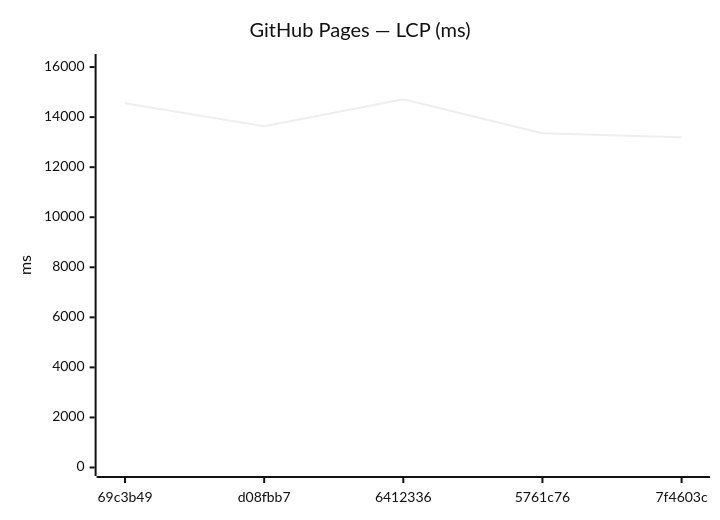
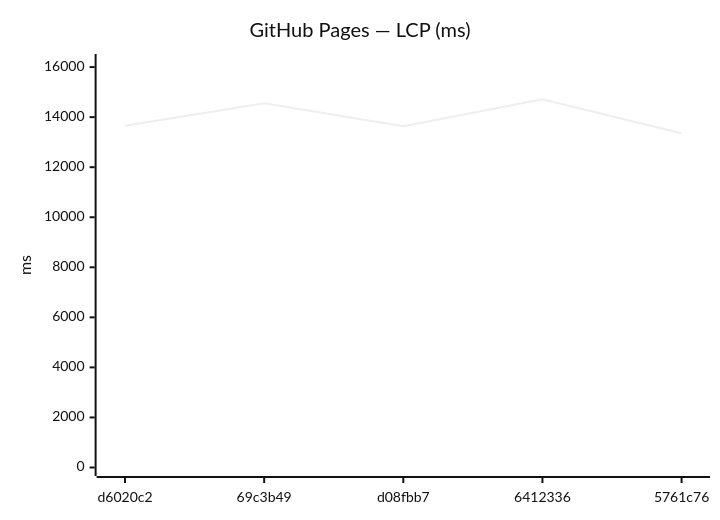
Before and after one commit to Metaheurist/Rianell: the ninth of 18 diagrams in benchmarks/compare.md, drawn with Mermaid (neutral theme). The commit also changed other lines of this file and 11 other files, not shown here.

````diff
--- a/benchmarks/compare.md
+++ b/benchmarks/compare.md
@@ -142,7 +142,7 @@
 ```mermaid
 xychart-beta
     title "GitHub Pages — LCP (ms)"
-    x-axis ["69c3b49", "d08fbb7", "6412336", "5761c76", "7f4603c"]
+    x-axis ["d6020c2", "69c3b49", "d08fbb7", "6412336", "5761c76"]
     y-axis "ms" 0 --> 16183
-    line [14556, 13636, 14711, 13355, 13197]
+    line [13653, 14556, 13636, 14711, 13355]
 ```
````
